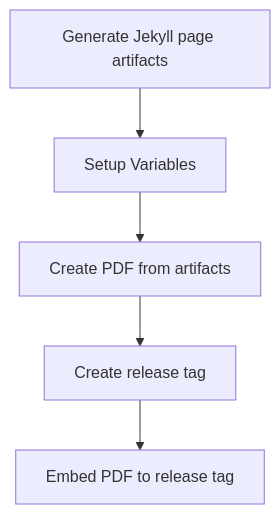
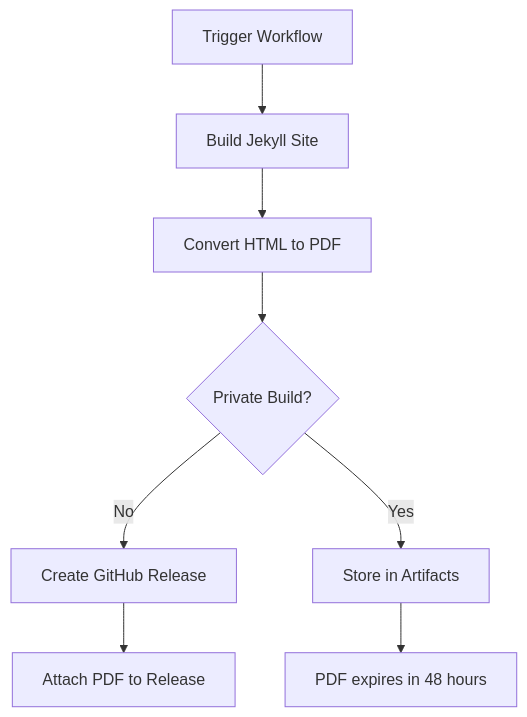
Before and after one commit to doctor500/cv: the second of 2 diagrams in README.md, drawn with Mermaid. The commit also changed other lines of this file and 6 other files, not shown here.

````diff
--- a/README.md
+++ b/README.md
@@ -56,7 +334,10 @@
 ```mermaid
-graph TD;
-    A[Generate Jekyll page artifacts]-->B[Setup Variables]
-    B[Setup Variables]-->C[Create PDF from artifacts]
-    C[Create PDF from artifacts]-->D[Create release tag]
-    D[Create release tag]-->E[Embed PDF to release tag]
+graph TD
+    A[Trigger Workflow] --> B[Build Jekyll Site]
+    B --> C[Convert HTML to PDF]
+    C --> D{Private Build?}
+    D -->|No| E[Create GitHub Release]
+    D -->|Yes| F[Store in Artifacts]
+    E --> G[Attach PDF to Release]
+    F --> H[PDF expires in 48 hours]
 ```
````
